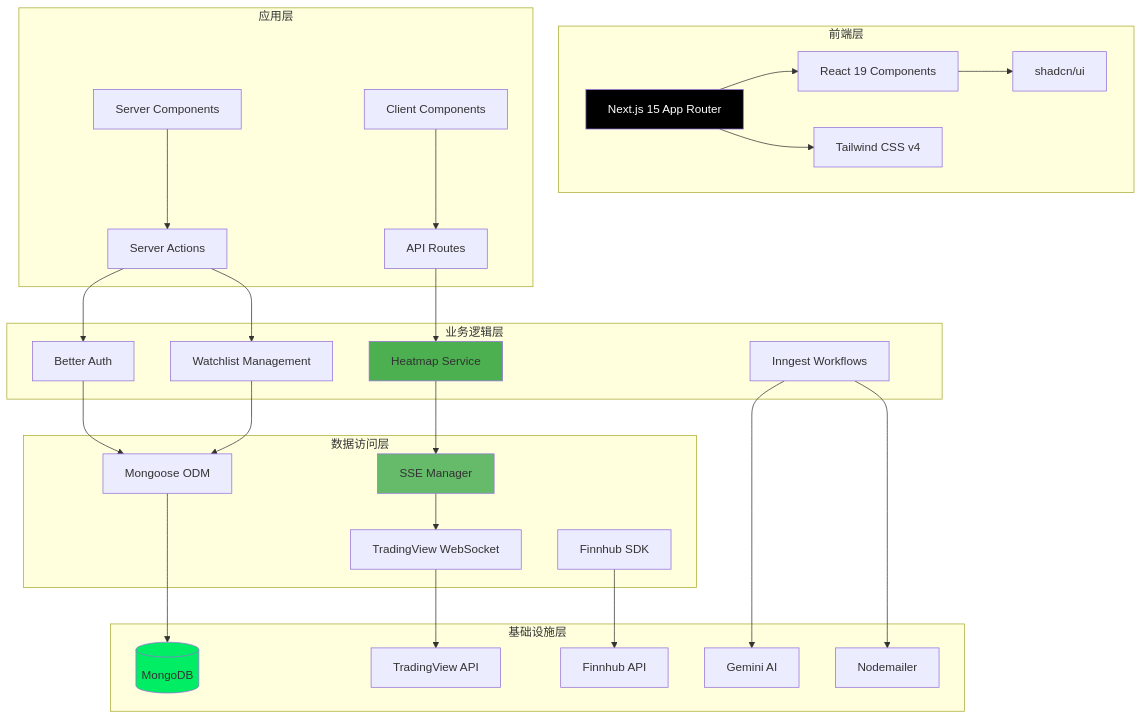
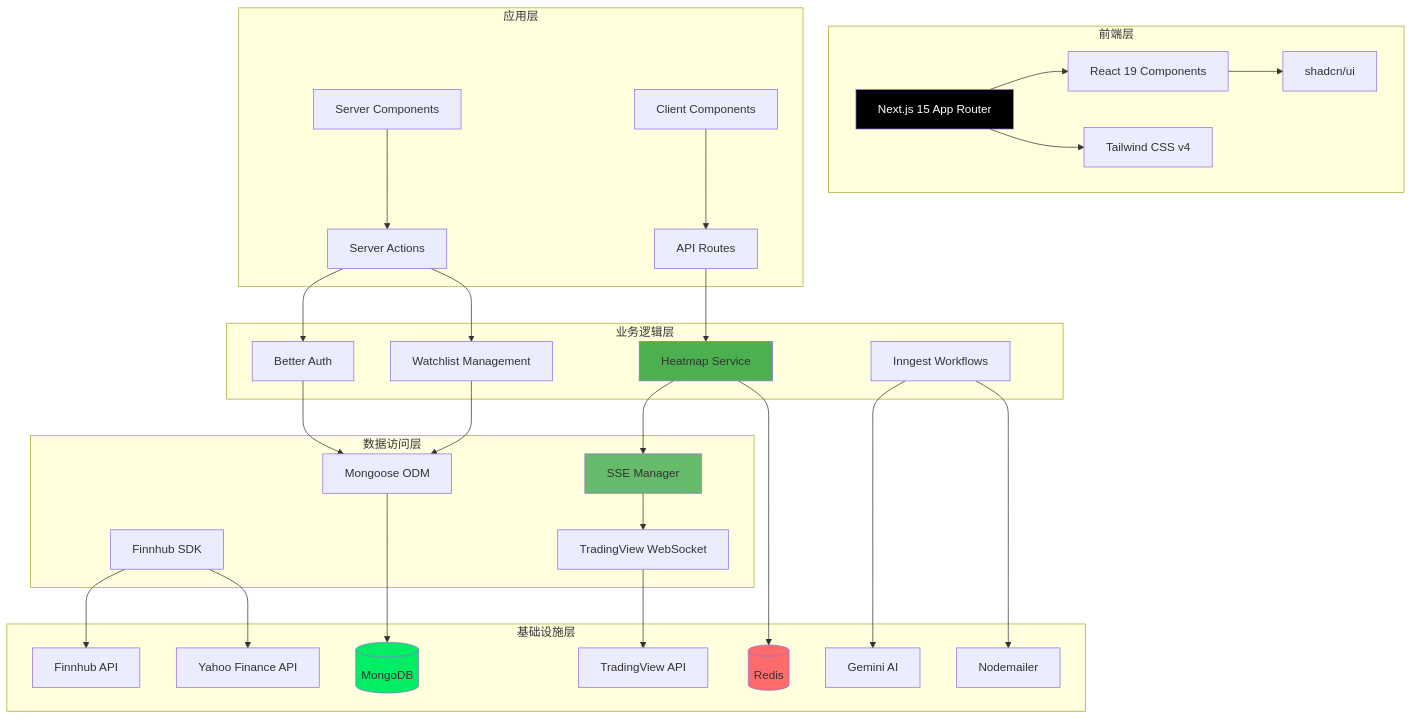
Before and after one commit to HK-CCASS/OpenStock-tv: the first of 9 diagrams in docs/ARCHITECTURE.md, drawn with Mermaid. The commit also changed other lines of this file and 25 other files, not shown here.

First line of the commit message:
feat: 集成 Yahoo Finance + Redis 双层缓存 + 可视化工具

````diff
--- a/docs/ARCHITECTURE.md
+++ b/docs/ARCHITECTURE.md
@@ -7,61 +7,66 @@
 ```mermaid
 graph TB
     subgraph "前端层"
         A[Next.js 15 App Router]
         B[React 19 Components]
         C[Tailwind CSS v4]
         D[shadcn/ui]
     end
 
     subgraph "应用层"
         E[Server Components]
         F[Client Components]
         G[Server Actions]
         H[API Routes]
     end
 
     subgraph "业务逻辑层"
         I[Better Auth]
         J[Watchlist Management]
         K[Heatmap Service]
         L[Inngest Workflows]
     end
 
     subgraph "数据访问层"
         M[Mongoose ODM]
         N[Finnhub SDK]
         O[TradingView WebSocket]
         P[SSE Manager]
     end
 
     subgraph "基础设施层"
         Q[(MongoDB)]
+        Q2[(Redis)]
         R[TradingView API]
         S[Finnhub API]
+        S2[Yahoo Finance API]
         T[Gemini AI]
         U[Nodemailer]
     end
 
     A --> B
     A --> C
     B --> D
     E --> G
     F --> H
     G --> I
     G --> J
     H --> K
     K --> P
     I --> M
     J --> M
     L --> T
     L --> U
     M --> Q
+    K --> Q2
     N --> S
+    N --> S2
     O --> R
     P --> O
 
     style A fill:#000,color:#fff
     style K fill:#4caf50
     style P fill:#66bb6a
     style Q fill:#00ed64
+    style Q2 fill:#ff6b6b
 ```
````
